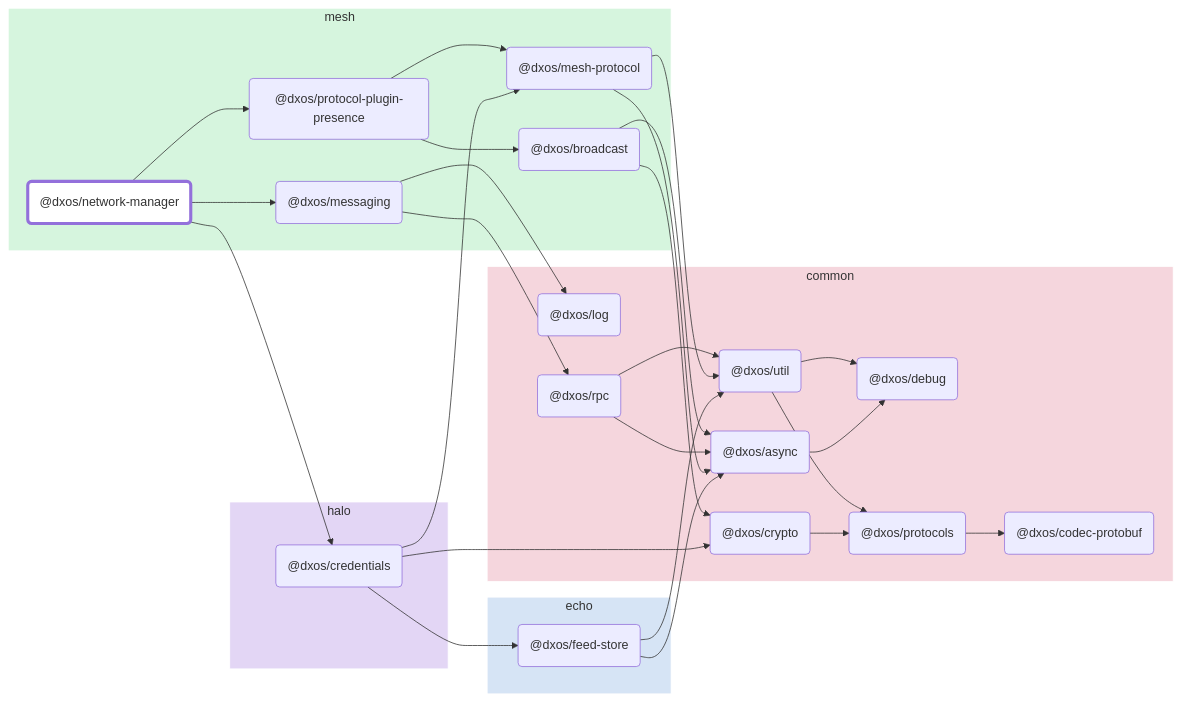
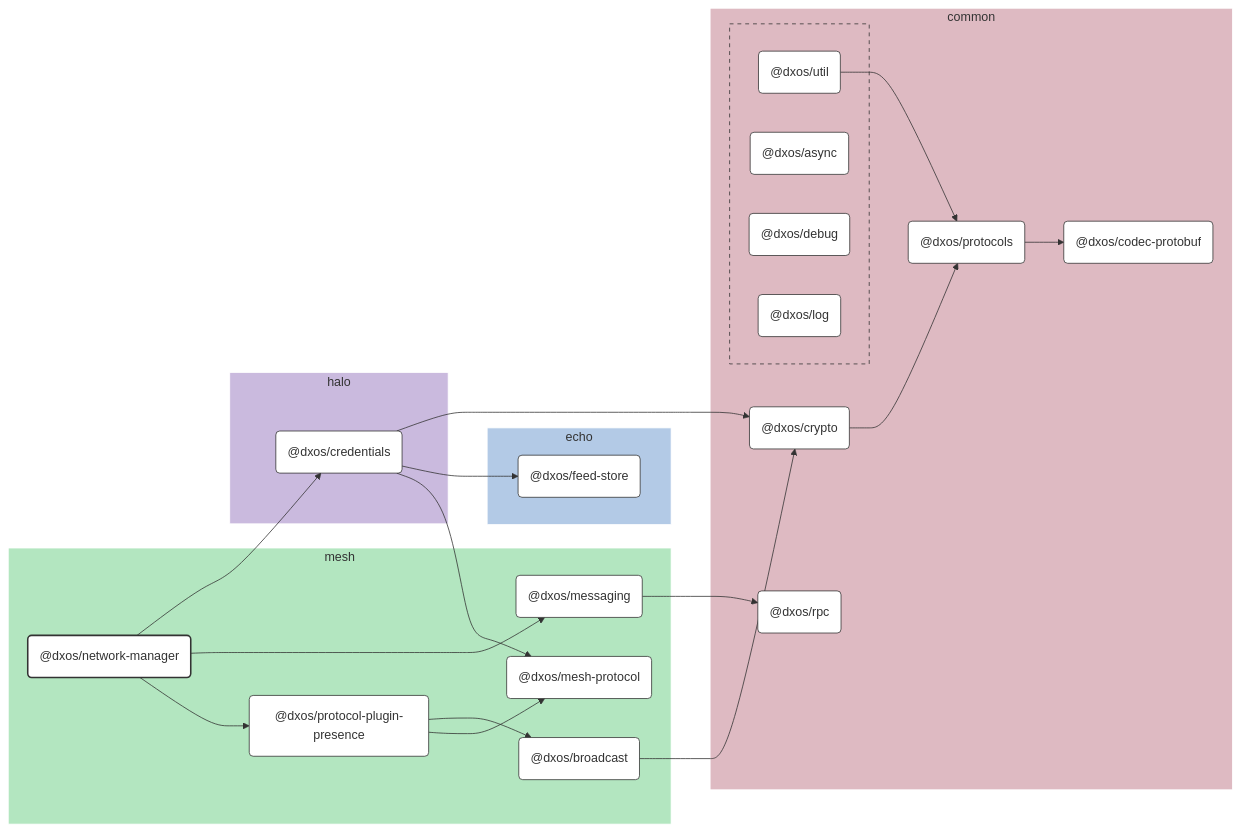
Before and after one commit to dxos/dxos: the diagram in packages/mesh/network-manager/docs/README.md, drawn with Mermaid. The commit also changed 100 other files, not shown here.

````diff
--- a/packages/mesh/network-manager/docs/README.md
+++ b/packages/mesh/network-manager/docs/README.md
@@ -7,75 +7,100 @@
 ```mermaid
-flowchart LR;
+%%{ init: {'flowchart':{'curve':'basis'}} }%%
 
-style dxos/network-manager fill:#fff,stroke-width:4px;
+flowchart LR
 
-click dxos/async "https:/github.com/dxos/dxos/tree/main/packages/common/async/docs";
-click dxos/debug "https:/github.com/dxos/dxos/tree/main/packages/common/debug/docs";
-click dxos/codec-protobuf "https:/github.com/dxos/dxos/tree/main/packages/common/codec-protobuf/docs";
-click dxos/credentials "https:/github.com/dxos/dxos/tree/main/packages/halo/credentials/docs";
-click dxos/crypto "https:/github.com/dxos/dxos/tree/main/packages/common/crypto/docs";
-click dxos/feed-store "https:/github.com/dxos/dxos/tree/main/packages/echo/feed-store/docs";
-click dxos/mesh-protocol "https:/github.com/dxos/dxos/tree/main/packages/mesh/mesh-protocol/docs";
-click dxos/protocols "https:/github.com/dxos/dxos/tree/main/packages/common/protocols/docs";
-click dxos/util "https:/github.com/dxos/dxos/tree/main/packages/common/util/docs";
-click dxos/log "https:/github.com/dxos/dxos/tree/main/packages/common/log/docs";
-click dxos/messaging "https:/github.com/dxos/dxos/tree/main/packages/mesh/messaging/docs";
-click dxos/rpc "https:/github.com/dxos/dxos/tree/main/packages/common/rpc/docs";
-click dxos/protocol-plugin-presence "https:/github.com/dxos/dxos/tree/main/packages/mesh/protocol-plugin-presence/docs";
-click dxos/broadcast "https:/github.com/dxos/dxos/tree/main/packages/mesh/broadcast/docs";
+%% Links
+dxos/broadcast --> dxos/crypto;
+dxos/credentials --> dxos/crypto;
+dxos/credentials --> dxos/feed-store;
+dxos/credentials --> dxos/mesh-protocol;
+dxos/crypto --> dxos/protocols;
+dxos/messaging --> dxos/rpc;
+dxos/network-manager --> dxos/credentials;
+dxos/network-manager --> dxos/messaging;
+dxos/network-manager --> dxos/protocol-plugin-presence;
+dxos/protocol-plugin-presence --> dxos/broadcast;
+dxos/protocol-plugin-presence --> dxos/mesh-protocol;
+dxos/protocols --> dxos/codec-protobuf;
+dxos/util --> dxos/protocols;
 
+%% Sections
 subgraph mesh
-  style mesh fill:#d6f5de,stroke:#fff;
-  dxos/network-manager("@dxos/network-manager");
-  dxos/mesh-protocol("@dxos/mesh-protocol");
-  dxos/messaging("@dxos/messaging");
-  dxos/protocol-plugin-presence("@dxos/protocol-plugin-presence");
-  dxos/broadcast("@dxos/broadcast");
+  style mesh fill:#b3e6c0,stroke:#fff;
+
+  dxos/broadcast("@dxos/broadcast")
+  dxos/mesh-protocol("@dxos/mesh-protocol")
+  dxos/messaging("@dxos/messaging")
+  dxos/network-manager("@dxos/network-manager")
+  dxos/protocol-plugin-presence("@dxos/protocol-plugin-presence")
 end
 
 subgraph common
-  style common fill:#f5d6dd,stroke:#fff;
-  dxos/async("@dxos/async");
-  dxos/debug("@dxos/debug");
-  dxos/codec-protobuf("@dxos/codec-protobuf");
-  dxos/crypto("@dxos/crypto");
-  dxos/protocols("@dxos/protocols");
-  dxos/util("@dxos/util");
-  dxos/log("@dxos/log");
-  dxos/rpc("@dxos/rpc");
+  style common fill:#debac2,stroke:#fff;
+
+  dxos/codec-protobuf("@dxos/codec-protobuf")
+  dxos/crypto("@dxos/crypto")
+  dxos/protocols("@dxos/protocols")
+  dxos/rpc("@dxos/rpc")
+
+  subgraph common-excluded [ ]
+    style common-excluded fill:#debac2,stroke:#333,stroke-dasharray:5 5;
+
+    dxos/async("@dxos/async")
+    dxos/debug("@dxos/debug")
+    dxos/log("@dxos/log")
+    dxos/util("@dxos/util")
+  end
 end
 
 subgraph halo
-  style halo fill:#e3d6f5,stroke:#fff;
-  dxos/credentials("@dxos/credentials");
+  style halo fill:#cabade,stroke:#fff;
+
+  dxos/credentials("@dxos/credentials")
 end
 
 subgraph echo
-  style echo fill:#d6e4f5,stroke:#fff;
-  dxos/feed-store("@dxos/feed-store");
+  style echo fill:#b3cae6,stroke:#fff;
+
+  dxos/feed-store("@dxos/feed-store")
 end
 
-dxos/async --> dxos/debug;
-dxos/network-manager --> dxos/credentials;
-dxos/credentials --> dxos/crypto;
-dxos/crypto --> dxos/protocols;
-dxos/protocols --> dxos/codec-protobuf;
-dxos/credentials --> dxos/feed-store;
-dxos/feed-store --> dxos/async;
-dxos/feed-store --> dxos/util;
-dxos/util --> dxos/debug;
-dxos/util --> dxos/protocols;
-dxos/credentials --> dxos/mesh-protocol;
-dxos/mesh-protocol --> dxos/async;
-dxos/mesh-protocol --> dxos/util;
-dxos/network-manager --> dxos/messaging;
-dxos/messaging --> dxos/log;
-dxos/messaging --> dxos/rpc;
-dxos/rpc --> dxos/async;
-dxos/rpc --> dxos/util;
-dxos/network-manager --> dxos/protocol-plugin-presence;
-dxos/protocol-plugin-presence --> dxos/broadcast;
-dxos/broadcast --> dxos/async;
-dxos/broadcast --> dxos/crypto;
-dxos/protocol-plugin-presence --> dxos/mesh-protocol;
+
+%% Hyperlinks
+click dxos/async href "https:/github.com/dxos/dxos/tree/main/packages/common/async/docs";
+click dxos/broadcast href "https:/github.com/dxos/dxos/tree/main/packages/mesh/broadcast/docs";
+click dxos/codec-protobuf href "https:/github.com/dxos/dxos/tree/main/packages/common/codec-protobuf/docs";
+click dxos/credentials href "https:/github.com/dxos/dxos/tree/main/packages/halo/credentials/docs";
+click dxos/crypto href "https:/github.com/dxos/dxos/tree/main/packages/common/crypto/docs";
+click dxos/debug href "https:/github.com/dxos/dxos/tree/main/packages/common/debug/docs";
+click dxos/feed-store href "https:/github.com/dxos/dxos/tree/main/packages/echo/feed-store/docs";
+click dxos/log href "https:/github.com/dxos/dxos/tree/main/packages/common/log/docs";
+click dxos/mesh-protocol href "https:/github.com/dxos/dxos/tree/main/packages/mesh/mesh-protocol/docs";
+click dxos/messaging href "https:/github.com/dxos/dxos/tree/main/packages/mesh/messaging/docs";
+click dxos/protocol-plugin-presence href "https:/github.com/dxos/dxos/tree/main/packages/mesh/protocol-plugin-presence/docs";
+click dxos/protocols href "https:/github.com/dxos/dxos/tree/main/packages/common/protocols/docs";
+click dxos/rpc href "https:/github.com/dxos/dxos/tree/main/packages/common/rpc/docs";
+click dxos/util href "https:/github.com/dxos/dxos/tree/main/packages/common/util/docs";
+
+%% Styles
+classDef rootNode fill:#fff,stroke:#333,stroke-width:2px
+classDef defaultNode fill:#fff,stroke:#333,stroke-width:1px
+linkStyle default stroke:#333,stroke-width:1px
+
+dxos/network-manager:::rootNode
+
+dxos/async:::defaultNode
+dxos/broadcast:::defaultNode
+dxos/codec-protobuf:::defaultNode
+dxos/credentials:::defaultNode
+dxos/crypto:::defaultNode
+dxos/debug:::defaultNode
+dxos/feed-store:::defaultNode
+dxos/log:::defaultNode
+dxos/mesh-protocol:::defaultNode
+dxos/messaging:::defaultNode
+dxos/protocol-plugin-presence:::defaultNode
+dxos/protocols:::defaultNode
+dxos/rpc:::defaultNode
+dxos/util:::defaultNode
 ```
````
